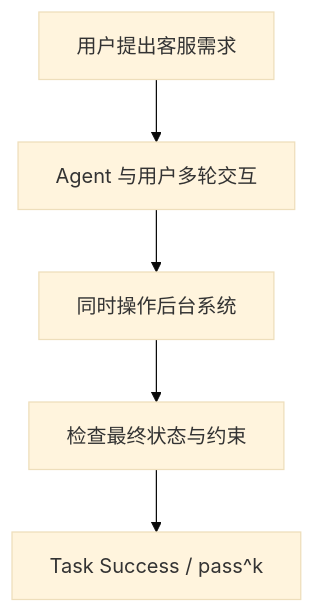
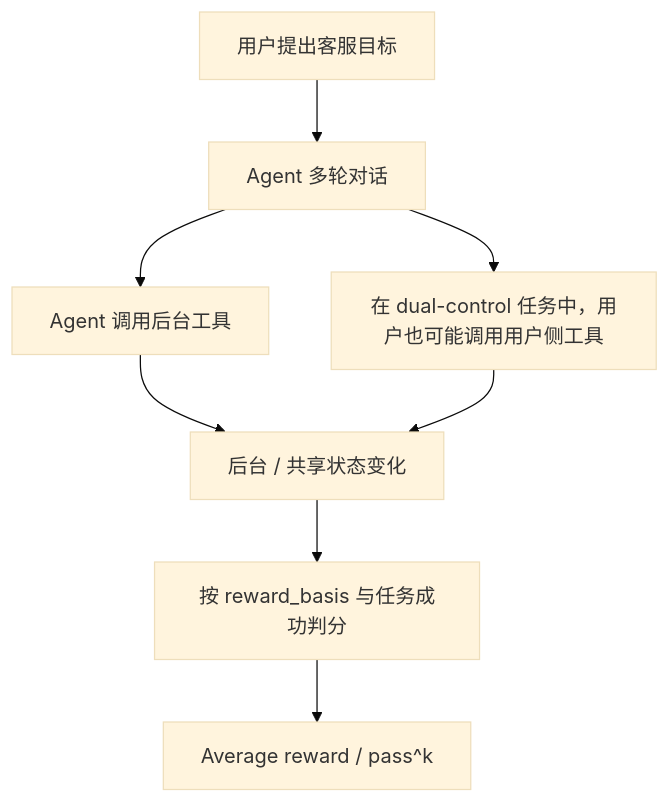
Before and after one commit to BobDLA/llm-benchmark-field-guide: the diagram in docs/zh/cards/general-agent/tau2-bench.md, drawn with Mermaid (base theme). The commit also changed other lines of this file and 5 other files, not shown here.

````diff
--- a/docs/zh/cards/general-agent/tau2-bench.md
+++ b/docs/zh/cards/general-agent/tau2-bench.md
@@ -50,7 +55,10 @@
 ```mermaid
 flowchart TD
-    A["用户提出客服需求"] --> B["Agent 与用户多轮交互"]
-    B --> C["同时操作后台系统"]
-    C --> D["检查最终状态与约束"]
-    D --> E["Task Success / pass^k"]
+    A["用户提出客服目标"] --> B["Agent 多轮对话"]
+    B --> C["Agent 调用后台工具"]
+    B --> D["在 dual-control 任务中，用户也可能调用用户侧工具"]
+    C --> E["后台 / 共享状态变化"]
+    D --> E
+    E --> F["按 reward_basis 与任务成功判分"]
+    F --> G["Average reward / pass^k"]
 ```
````
